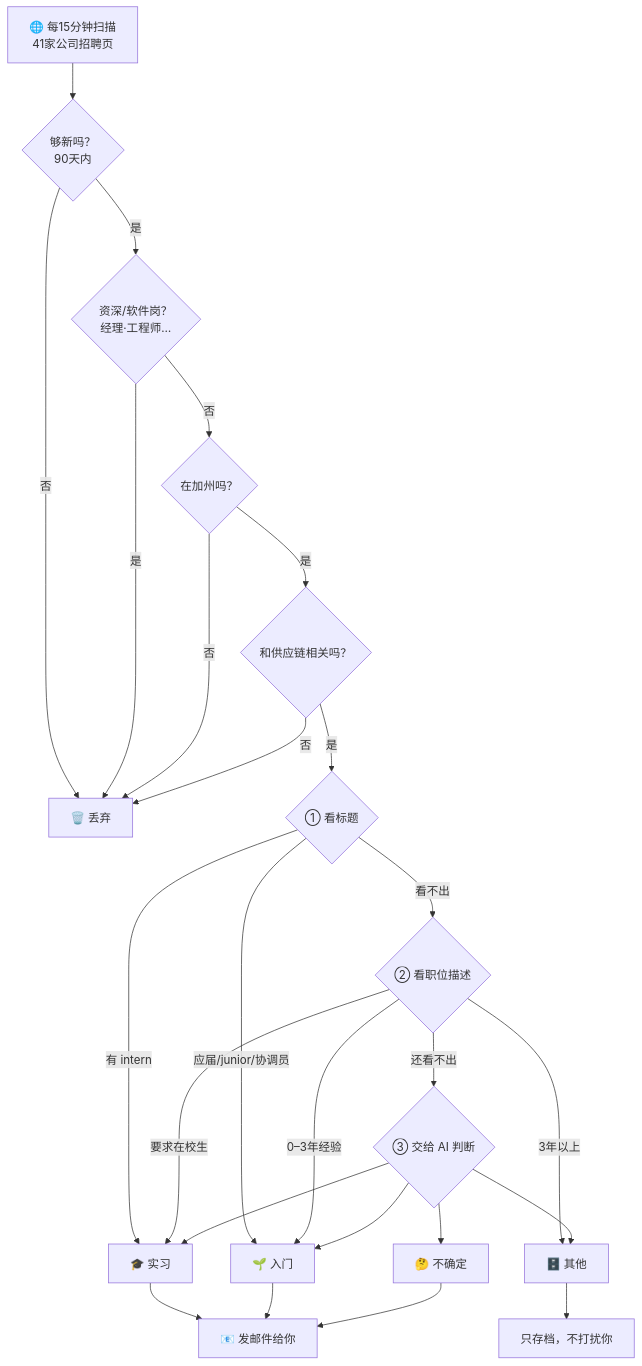
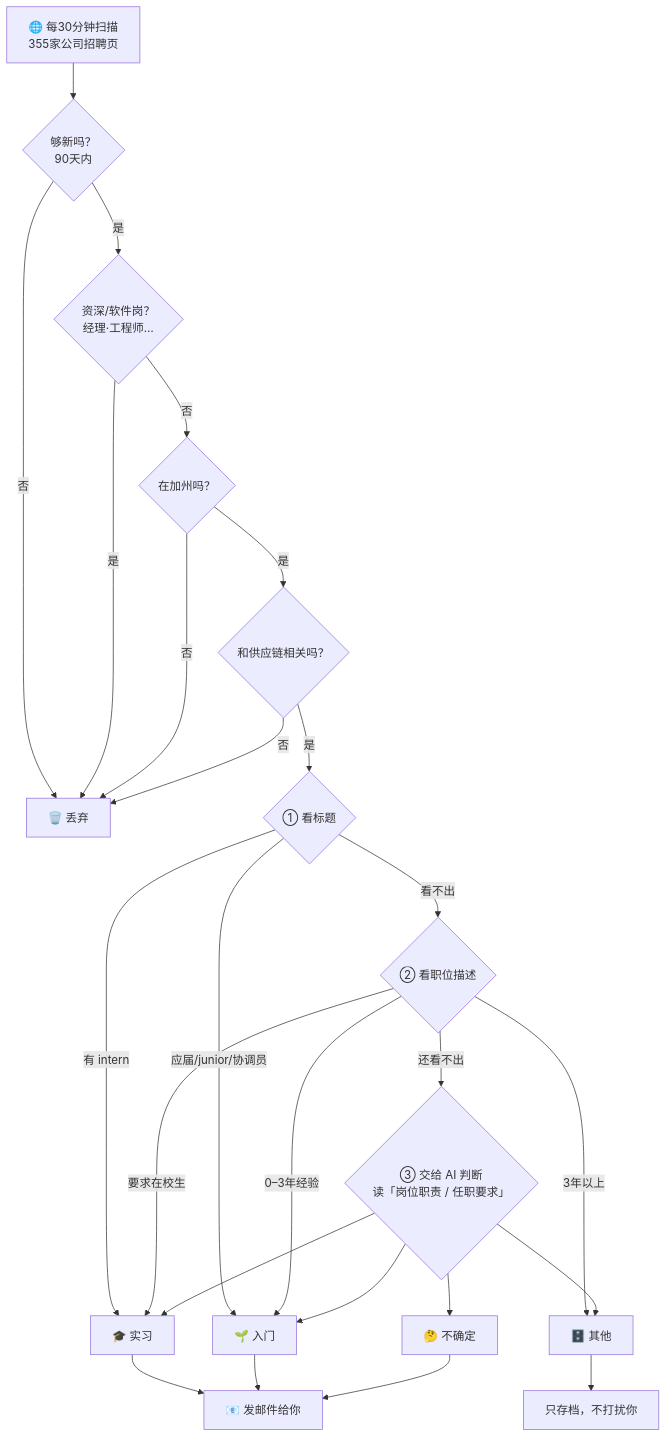
One commit to jy732/scm-job-notifier changed the diagram in README.zh-CN.md. Above: the diagram before and after it, drawn with Mermaid. The commit also changed other lines of this file and 9 other files, not shown here.

````diff
--- a/README.zh-CN.md
+++ b/README.zh-CN.md
@@ -88,27 +88,27 @@
 ```mermaid
 flowchart TD
-    A["🌐 每15分钟扫描<br/>41家公司招聘页"] --> B{"够新吗？<br/>90天内"}
+    A["🌐 每30分钟扫描<br/>355家公司招聘页"] --> B{"够新吗？<br/>90天内"}
     B -- "否" --> X["🗑️ 丢弃"]
     B -- "是" --> C{"资深/软件岗？<br/>经理·工程师…"}
     C -- "是" --> X
     C -- "否" --> D{"在加州吗？"}
     D -- "否" --> X
     D -- "是" --> E{"和供应链相关吗？"}
     E -- "否" --> X
     E -- "是" --> F{"① 看标题"}
     F -- "有 intern" --> R1["🎓 实习"]
     F -- "应届/junior/协调员" --> R2["🌱 入门"]
     F -- "看不出" --> G{"② 看职位描述"}
     G -- "要求在校生" --> R1
     G -- "0–3年经验" --> R2
     G -- "3年以上" --> R4["🗄️ 其他"]
-    G -- "还看不出" --> H{"③ 交给 AI 判断"}
+    G -- "还看不出" --> H{"③ 交给 AI 判断<br/>读「岗位职责 / 任职要求」"}
     H --> R1
     H --> R2
     H --> R3["🤔 不确定"]
     H --> R4
     R1 --> M["📧 发邮件给你"]
     R2 --> M
     R3 --> M
     R4 --> S["只存档，不打扰你"]
 ```
````
